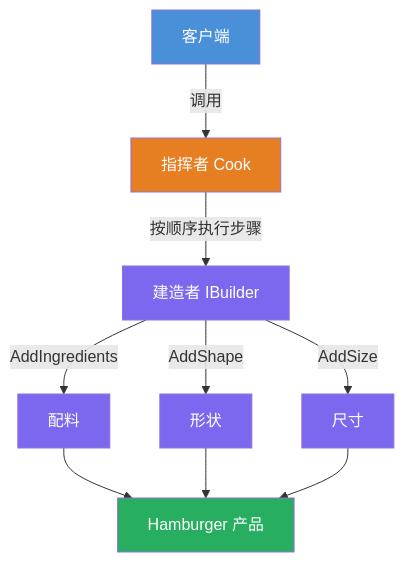
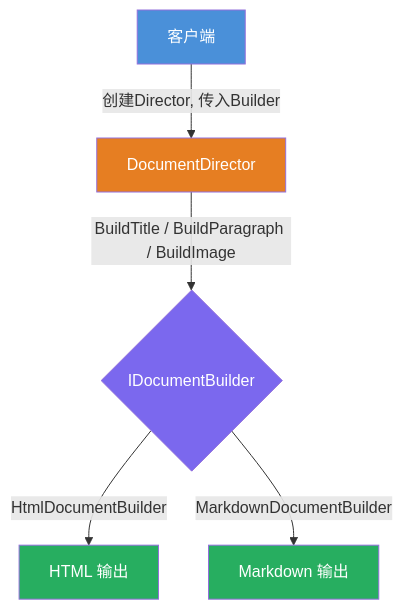
The second of 2 diagrams in BuilderPattern/README.md (hollson/design_patterns), drawn with Mermaid before and after one commit. The commit also changed other lines of this file and 12 other files, not shown here.

Commit message:
refactor: replace hamburger example with document builder demo, restructure README

````diff
--- a/BuilderPattern/README.md
+++ b/BuilderPattern/README.md
@@ -27,19 +83,13 @@
 ```mermaid
 flowchart TD
-    A["客户端"] -->|"调用"| B["指挥者 Cook"]
-    B -->|"按顺序执行步骤"| C["建造者 IBuilder"]
-    C -->|"AddIngredients"| D["配料"]
-    C -->|"AddShape"| E["形状"]
-    C -->|"AddSize"| F["尺寸"]
-    D --> G["Hamburger 产品"]
-    E --> G
-    F --> G
+    A["客户端"] -->|"创建Director, 传入Builder"| B["DocumentDirector"]
+    B -->|"BuildTitle / BuildParagraph / BuildImage"| C{"IDocumentBuilder"}
+    C -->|"HtmlDocumentBuilder"| D["HTML 输出"]
+    C -->|"MarkdownDocumentBuilder"| E["Markdown 输出"]
 
     style A fill:#4A90D9,color:#fff
     style B fill:#E67E22,color:#fff
     style C fill:#7B68EE,color:#fff
-    style D fill:#7B68EE,color:#fff
-    style E fill:#7B68EE,color:#fff
-    style F fill:#7B68EE,color:#fff
-    style G fill:#27AE60,color:#fff
+    style D fill:#27AE60,color:#fff
+    style E fill:#27AE60,color:#fff
 ```
````
